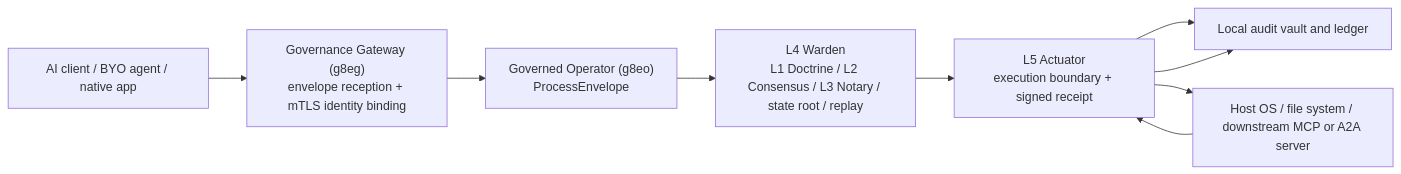
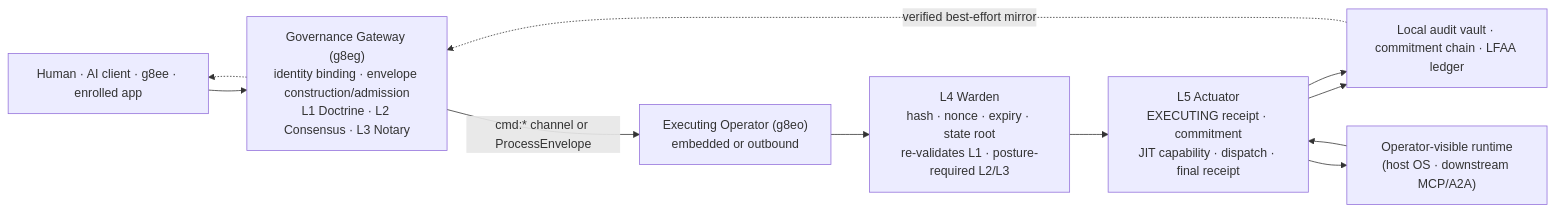
The diagram in docs/diagrams/flowchart-system-overview-lr.md (g8e-ai/g8e), drawn with Mermaid before and after one commit. The commit also changed other lines of this file and 1307 other files, not shown here.

````diff
--- a/docs/diagrams/flowchart-system-overview-lr.md
+++ b/docs/diagrams/flowchart-system-overview-lr.md
@@ -5,19 +5,21 @@
 ```mermaid
 flowchart LR
-    Client["AI client / BYO agent / native app"]
-    Gateway["Governance Gateway (g8eg)<br/>envelope reception + mTLS identity binding"]
-    Operator["Governed Operator (g8eo)<br/>ProcessEnvelope"]
-    L4Warden["L4 Warden<br/>L1 Doctrine / L2 Consensus / L3 Notary / state root / replay"]
-    L5Actuator["L5 Actuator<br/>execution boundary + signed receipt"]
-    Vault["Local audit vault and ledger"]
-    Target["Host OS / file system / downstream MCP or A2A server"]
+    Client["Human · AI client · g8ee · enrolled app"]
+    Gateway["Governance Gateway (g8eg)<br/>identity binding · envelope construction/admission<br/>L1 Doctrine · L2 Consensus · L3 Notary"]
+    Operator["Executing Operator (g8eo)<br/>embedded or outbound"]
+    L4Warden["L4 Warden<br/>hash · nonce · expiry · state root<br/>re-validates L1 · posture-required L2/L3"]
+    L5Actuator["L5 Actuator<br/>EXECUTING receipt · commitment<br/>JIT capability · dispatch · final receipt"]
+    Vault["Local audit vault · commitment chain · LFAA ledger"]
+    Target["Operator-visible runtime<br/>(host OS · downstream MCP/A2A)"]
 
     Client --> Gateway
-    Gateway --> Operator
+    Gateway -->|"cmd:* channel or ProcessEnvelope"| Operator
     Operator --> L4Warden
     L4Warden --> L5Actuator
     L5Actuator --> Vault
     L5Actuator --> Target
     Target --> L5Actuator
     L5Actuator --> Vault
+    Vault -.->|"verified best-effort mirror"| Gateway
+    Gateway -.-> Client
 ```
````
